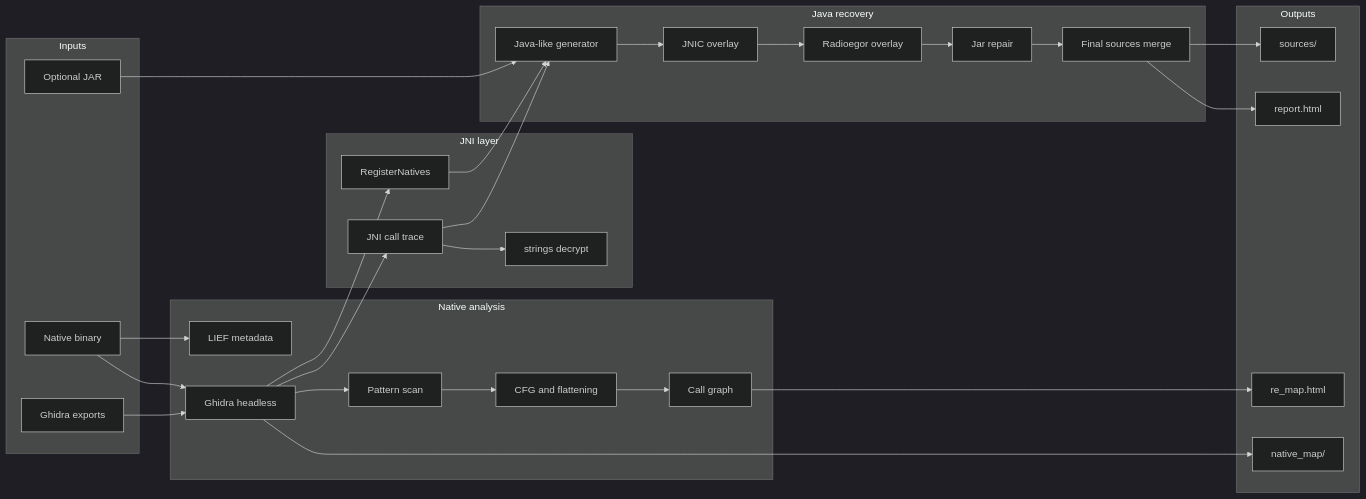
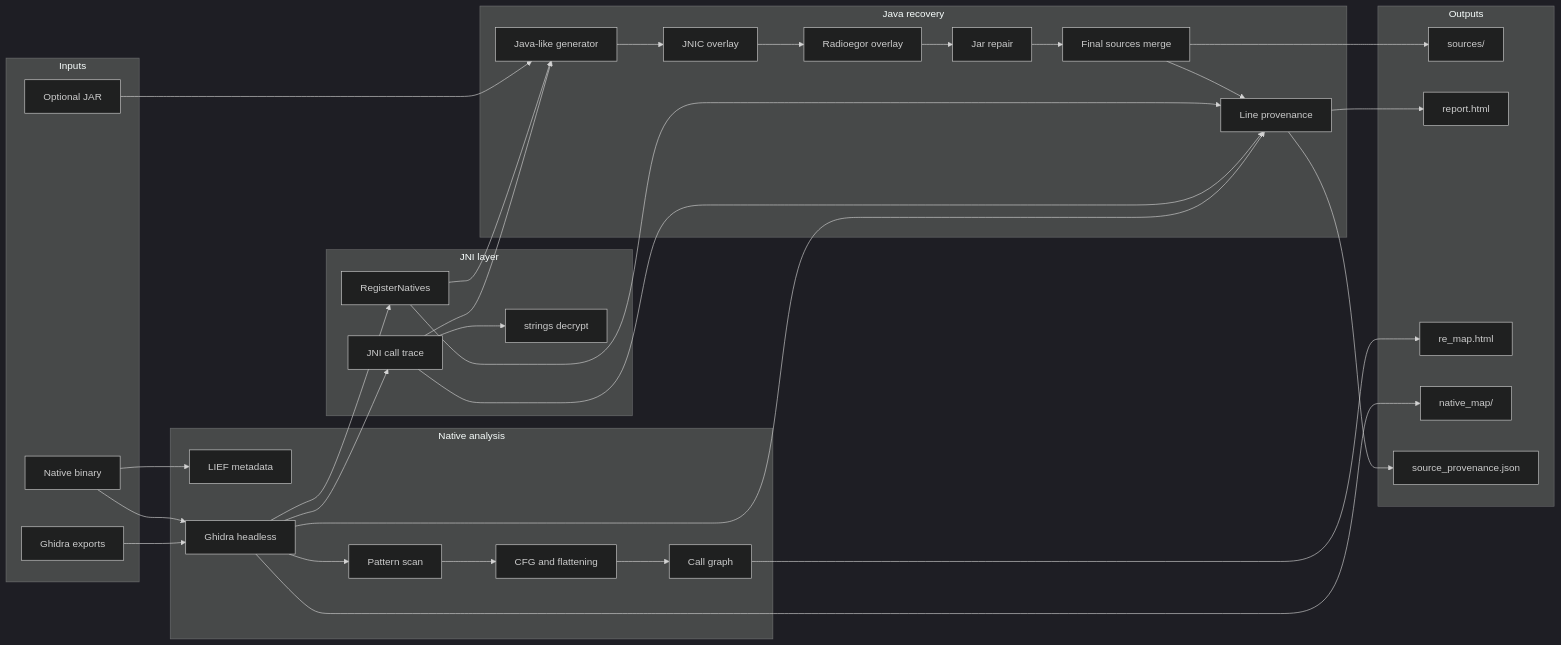
One commit to 0WhiteDev/Detranspiler changed the diagram in README.md. Above: the diagram before and after it, drawn with Mermaid (dark theme). The commit also changed other lines of this file and 15 other files, not shown here.

Commit message:
feat: add line-level source provenance

````diff
--- a/README.md
+++ b/README.md
@@ -421,58 +426,65 @@
 ```mermaid
 flowchart LR
   subgraph inputs [Inputs]
     BIN[Native binary]
     JAR[Optional JAR]
     GH[Ghidra exports]
   end
 
   subgraph native [Native analysis]
     LIEF[LIEF metadata]
     GHD[Ghidra headless]
     PAT[Pattern scan]
     CFG[CFG and flattening]
     CG[Call graph]
   end
 
   subgraph jni [JNI layer]
     REG[RegisterNatives]
     CALLS[JNI call trace]
     DEC[strings decrypt]
   end
 
   subgraph java [Java recovery]
     GEN[Java-like generator]
     JNIC[JNIC overlay]
     RAD[Radioegor overlay]
     REP[Jar repair]
     FIN[Final sources merge]
+    PROV[Line provenance]
   end
 
   subgraph out [Outputs]
     SRC[sources/]
     RPT[report.html]
     MAP[re_map.html]
     NMAP[native_map/]
+    SIDE[source_provenance.json]
   end
 
   BIN --> LIEF
   BIN --> GHD
   GH --> GHD
   GHD --> PAT
   PAT --> CFG
   CFG --> CG
   GHD --> REG
   GHD --> CALLS
   CALLS --> DEC
   REG --> GEN
   CALLS --> GEN
   JAR --> GEN
   GEN --> JNIC
   JNIC --> RAD
   RAD --> REP
   REP --> FIN
   FIN --> SRC
-  FIN --> RPT
+  FIN --> PROV
+  REG --> PROV
+  CALLS --> PROV
+  GHD --> PROV
+  PROV --> RPT
+  PROV --> SIDE
   CG --> MAP
   GHD --> NMAP
 ```
````
